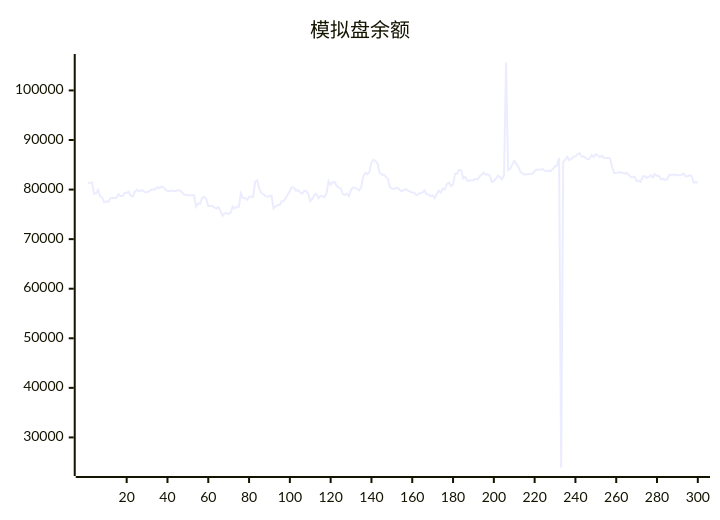
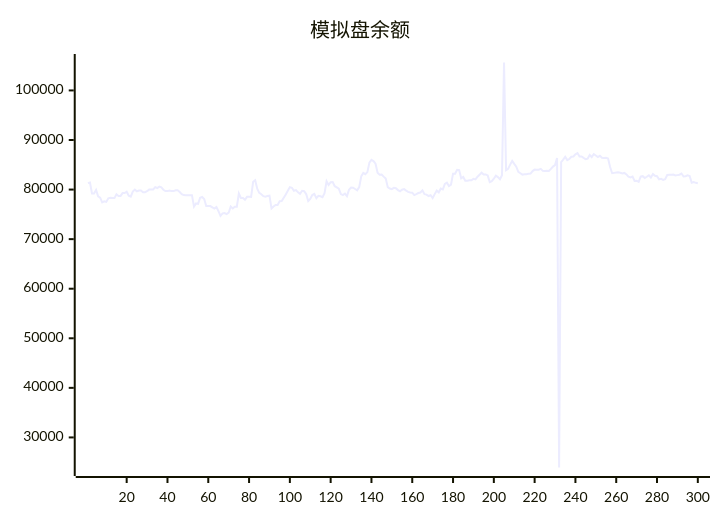
Before and after one commit to aahl/ai-trading: the diagram in README.md, drawn with Mermaid. The commit also changed other lines of this file and 1 other file, not shown here.

````diff
--- a/README.md
+++ b/README.md
@@ -5,5 +5,5 @@
 ```mermaid
 xychart
     title "模拟盘余额"
-    line [81448,81290,81429,79212,79222,79940,78643,78380,77432,77623,77504,78235,78358,78284,78277,79048,78714,78714,79290,79308,79567,78763,78563,79603,79988,79652,79813,79813,79476,79469,79673,79995,80015,80015,80486,80314,80600,80436,79966,79689,79689,79819,79692,79692,79850,79850,79518,79071,78889,78850,78850,78878,78878,76554,77202,77103,78357,78510,78106,76678,76677,76672,76411,76159,76485,75656,74695,75197,75246,75052,75334,76564,76179,76553,76551,79196,78300,78300,77944,78531,78531,78521,81564,81884,80160,79335,79055,78675,78580,78708,78764,76179,76586,76902,76876,77658,77669,78346,79023,79769,80497,80366,79761,79896,79448,79126,79749,79658,79097,77695,78114,78888,79126,78249,78738,78653,78478,79271,81680,80923,81488,81527,80681,80455,80190,79084,78879,79193,78686,79954,80403,80374,80118,79848,80491,82665,83351,83098,83525,85430,85983,85737,85221,83378,83014,83043,82613,82216,80477,80208,80081,80348,80277,79894,79670,79965,80093,79786,79542,79406,79371,78893,79087,79304,79406,79841,79072,78978,78696,78846,78272,79085,79787,79442,80198,80031,81120,81379,80718,80985,83214,83212,83993,83921,82270,82547,81776,81776,81866,81866,82158,82061,82596,83000,83408,83041,83050,82858,81503,81691,82188,82812,82517,82092,82901,105633,83898,84180,85030,85781,85178,84604,83569,83298,83008,83093,83107,83175,83228,83729,84025,84017,84019,84177,83775,83762,83785,83738,84160,84639,84939,86370,23934,85548,86046,86599,85942,86161,86622,86664,87115,87369,86666,86685,86384,86152,86243,86969,86548,87164,86885,86566,86809,86427,86348,86417,86273,84538,83299,83369,83430,83490,83404,83270,83362,83056,82605,82459,82614,81734,81788,81551,82598,82702,82320,82580,82878,82426,83139,82778,82686,82056,82166,81963,82110,82951,82983,82984,83038,82838,82915,82998,83235,82642,82682,82858,82746,81396,81512,81362]
+    line [81290,81429,79212,79222,79940,78643,78380,77432,77623,77504,78235,78358,78284,78277,79048,78714,78714,79290,79308,79567,78763,78563,79603,79988,79652,79813,79813,79476,79469,79673,79995,80015,80015,80486,80314,80600,80436,79966,79689,79689,79819,79692,79692,79850,79850,79518,79071,78889,78850,78850,78878,78878,76554,77202,77103,78357,78510,78106,76678,76677,76672,76411,76159,76485,75656,74695,75197,75246,75052,75334,76564,76179,76553,76551,79196,78300,78300,77944,78531,78531,78521,81564,81884,80160,79335,79055,78675,78580,78708,78764,76179,76586,76902,76876,77658,77669,78346,79023,79769,80497,80366,79761,79896,79448,79126,79749,79658,79097,77695,78114,78888,79126,78249,78738,78653,78478,79271,81680,80923,81488,81527,80681,80455,80190,79084,78879,79193,78686,79954,80403,80374,80118,79848,80491,82665,83351,83098,83525,85430,85983,85737,85221,83378,83014,83043,82613,82216,80477,80208,80081,80348,80277,79894,79670,79965,80093,79786,79542,79406,79371,78893,79087,79304,79406,79841,79072,78978,78696,78846,78272,79085,79787,79442,80198,80031,81120,81379,80718,80985,83214,83212,83993,83921,82270,82547,81776,81776,81866,81866,82158,82061,82596,83000,83408,83041,83050,82858,81503,81691,82188,82812,82517,82092,82901,105633,83898,84180,85030,85781,85178,84604,83569,83298,83008,83093,83107,83175,83228,83729,84025,84017,84019,84177,83775,83762,83785,83738,84160,84639,84939,86370,23934,85548,86046,86599,85942,86161,86622,86664,87115,87369,86666,86685,86384,86152,86243,86969,86548,87164,86885,86566,86809,86427,86348,86417,86273,84538,83299,83369,83430,83490,83404,83270,83362,83056,82605,82459,82614,81734,81788,81551,82598,82702,82320,82580,82878,82426,83139,82778,82686,82056,82166,81963,82110,82951,82983,82984,83038,82838,82915,82998,83235,82642,82682,82858,82746,81396,81512,81362,81277]
 ```
````
